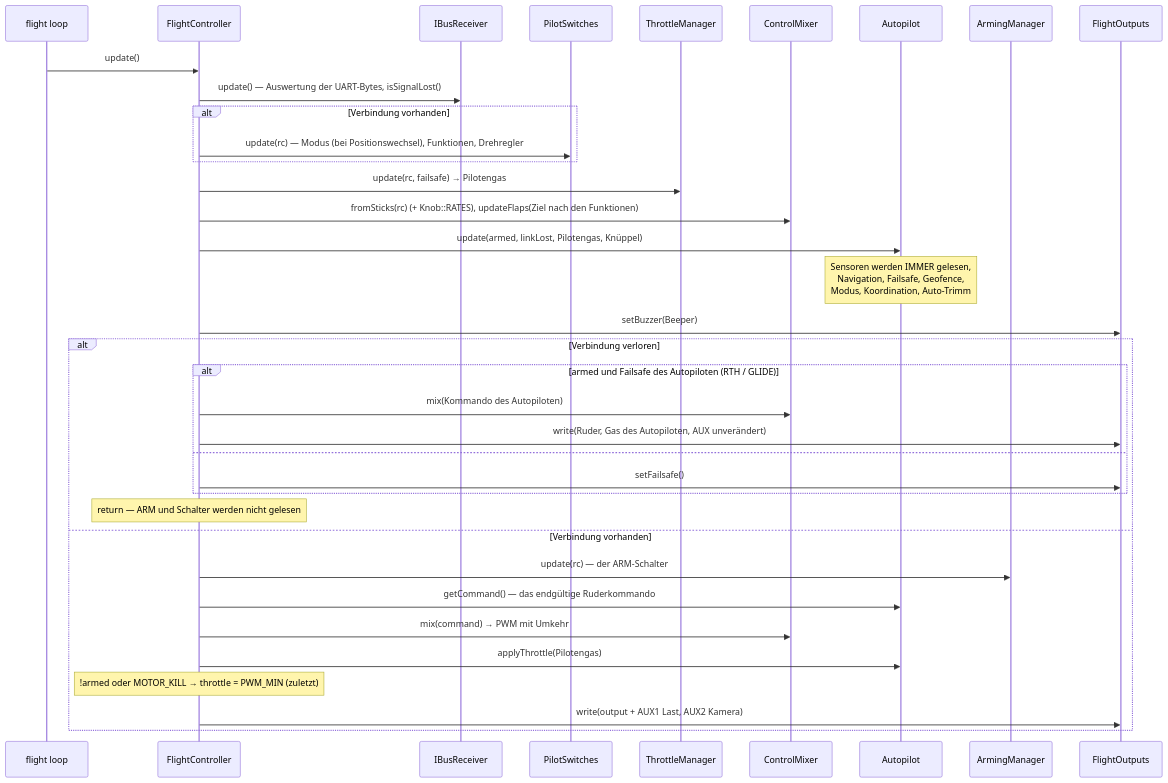
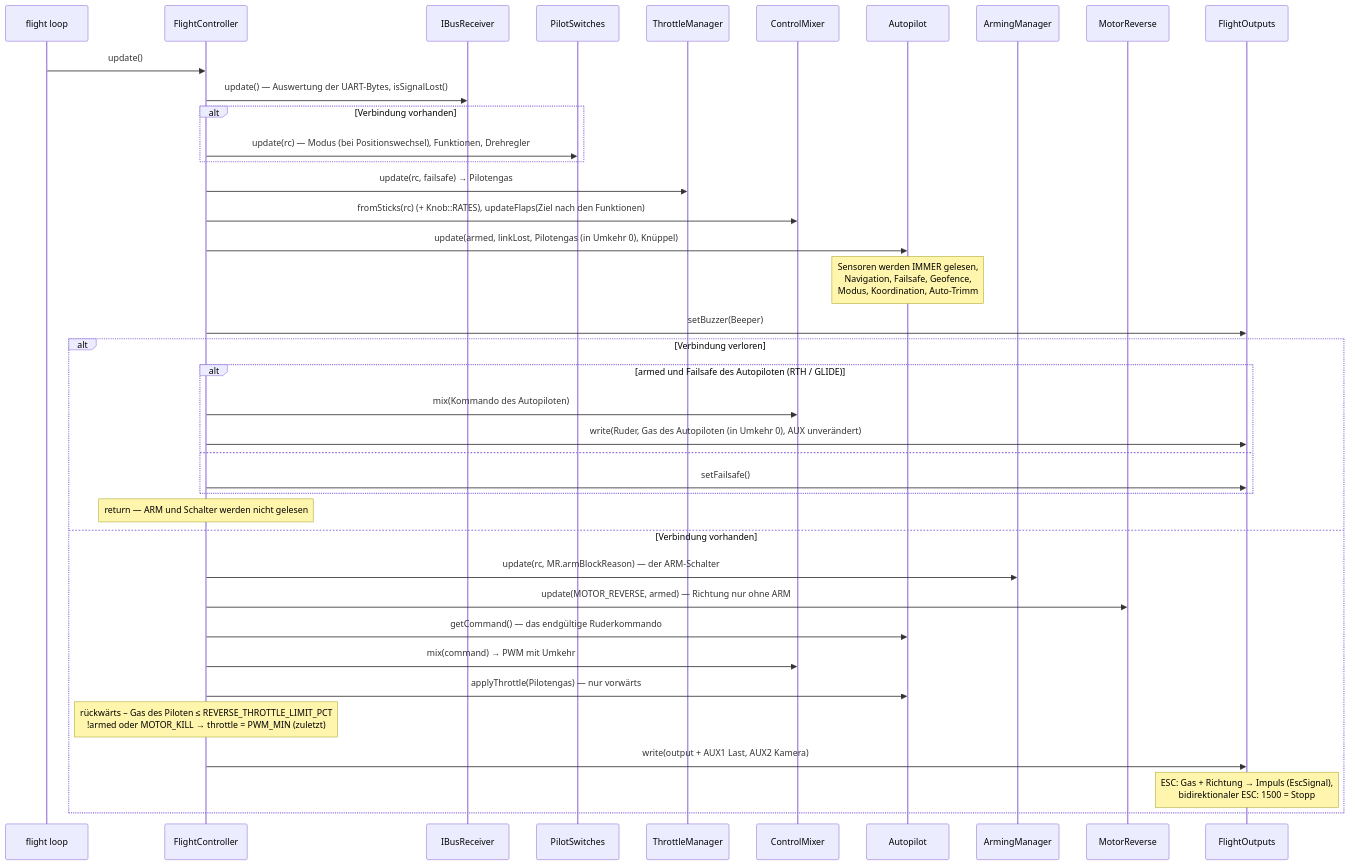
One commit to damir-lebedev/OpenPlaneProject changed the sixth of 11 diagrams in docs/i18n/de/ARCHITECTURE.md. Above: the diagram before and after it, drawn with Mermaid. The commit also changed other lines of this file and 166 other files, not shown here.

First line of the commit message:
Make the bidirectional BLHeli 80A ESC the main one, with a disarm-only motor reverse

````diff
--- a/docs/i18n/de/ARCHITECTURE.md
+++ b/docs/i18n/de/ARCHITECTURE.md
@@ -355,39 +355,42 @@
 ```mermaid
 sequenceDiagram
     participant L as flight loop
     participant FC as FlightController
     participant RX as IBusReceiver
     participant SW as PilotSwitches
     participant TM as ThrottleManager
     participant MX as ControlMixer
     participant AP as Autopilot
     participant AM as ArmingManager
+    participant MR as MotorReverse
     participant OUT as FlightOutputs
 
     L->>FC: update()
     FC->>RX: update() — Auswertung der UART-Bytes, isSignalLost()
     alt Verbindung vorhanden
         FC->>SW: update(rc) — Modus (bei Positionswechsel), Funktionen, Drehregler
     end
     FC->>TM: update(rc, failsafe) → Pilotengas
     FC->>MX: fromSticks(rc) (+ Knob::RATES), updateFlaps(Ziel nach den Funktionen)
-    FC->>AP: update(armed, linkLost, Pilotengas, Knüppel)
+    FC->>AP: update(armed, linkLost, Pilotengas (in Umkehr 0), Knüppel)
     Note over AP: Sensoren werden IMMER gelesen,<br/>Navigation, Failsafe, Geofence,<br/>Modus, Koordination, Auto-Trimm
     FC->>OUT: setBuzzer(Beeper)
     alt Verbindung verloren
         alt armed und Failsafe des Autopiloten (RTH / GLIDE)
             FC->>MX: mix(Kommando des Autopiloten)
-            FC->>OUT: write(Ruder, Gas des Autopiloten, AUX unverändert)
+            FC->>OUT: write(Ruder, Gas des Autopiloten (in Umkehr 0), AUX unverändert)
         else
             FC->>OUT: setFailsafe()
         end
         Note over FC: return — ARM und Schalter werden nicht gelesen
     else Verbindung vorhanden
-        FC->>AM: update(rc) — der ARM-Schalter
+        FC->>AM: update(rc, MR.armBlockReason) — der ARM-Schalter
+        FC->>MR: update(MOTOR_REVERSE, armed) — Richtung nur ohne ARM
         FC->>AP: getCommand() — das endgültige Ruderkommando
         FC->>MX: mix(command) → PWM mit Umkehr
-        FC->>AP: applyThrottle(Pilotengas)
-        Note over FC: !armed oder MOTOR_KILL → throttle = PWM_MIN (zuletzt)
+        FC->>AP: applyThrottle(Pilotengas) — nur vorwärts
+        Note over FC: rückwärts – Gas des Piloten ≤ REVERSE_THROTTLE_LIMIT_PCT<br/>!armed oder MOTOR_KILL → throttle = PWM_MIN (zuletzt)
         FC->>OUT: write(output + AUX1 Last, AUX2 Kamera)
+        Note over OUT: ESC: Gas + Richtung → Impuls (EscSignal),<br/>bidirektionaler ESC: 1500 = Stopp
     end
 ```
````
